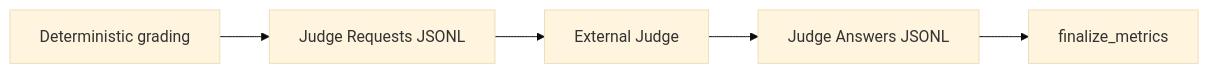
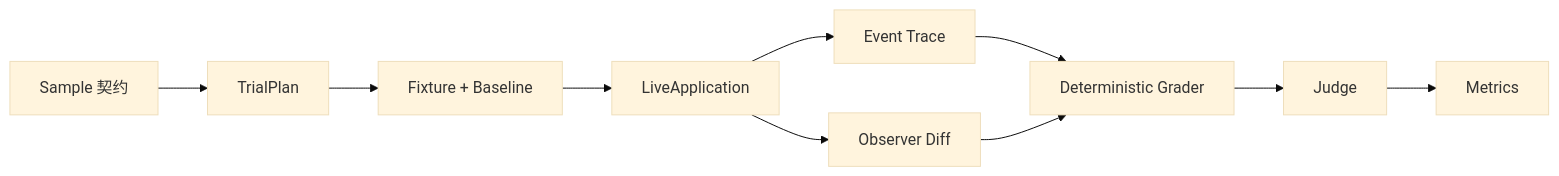
One commit to Arthur999459up/GitAgent changed diagram 14 of 14 in docs/14-evaluation-design.md. Above: the diagram before and after it, drawn with Mermaid (base theme). The commit also changed other lines of this file and 16 other files, not shown here.

````diff
--- a/docs/14-evaluation-design.md
+++ b/docs/14-evaluation-design.md
@@ -626,7 +1037,12 @@
 ```mermaid
 flowchart LR
-    G[Deterministic grading] --> Q[Judge Requests JSONL]
-    Q --> E[External Judge]
-    E --> A[Judge Answers JSONL]
-    A --> F[finalize_metrics]
+    S[Sample 契约] --> P[TrialPlan]
+    P --> F[Fixture + Baseline]
+    F --> A[LiveApplication]
+    A --> E[Event Trace]
+    A --> O[Observer Diff]
+    E --> D[Deterministic Grader]
+    O --> D
+    D --> J[Judge]
+    J --> M[Metrics]
 ```
````
